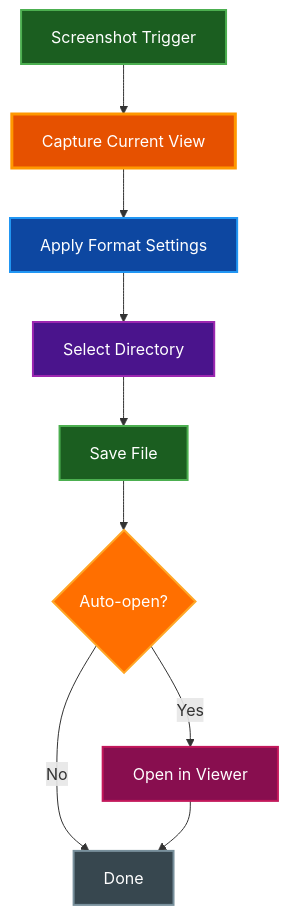
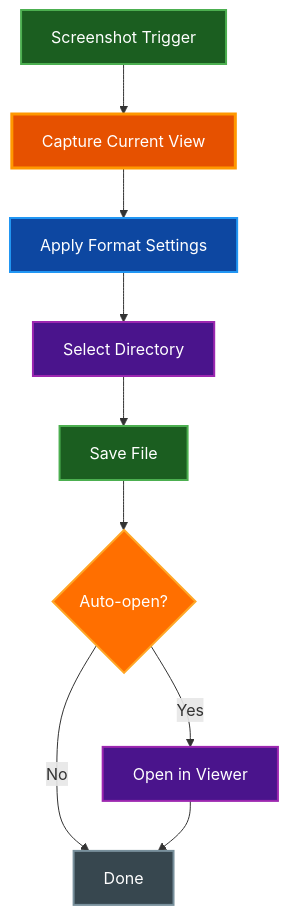
One commit to paulrobello/par-term-emu-tui-rust changed the first of 2 diagrams in docs/SCREENSHOTS.md. Above: the diagram before and after it, drawn with Mermaid. The commit also changed other lines of this file and 11 other files, not shown here.

````diff
--- a/docs/SCREENSHOTS.md
+++ b/docs/SCREENSHOTS.md
@@ -60,29 +60,34 @@
 ```mermaid
 graph TD
     Trigger[Screenshot Trigger]
     Capture[Capture Current View]
     Format[Apply Format Settings]
     Dir[Select Directory]
     Save[Save File]
     Open{Auto-open?}
     View[Open in Viewer]
     Done[Done]
 
     Trigger --> Capture
     Capture --> Format
     Format --> Dir
     Dir --> Save
     Save --> Open
     Open -->|Yes| View
     Open -->|No| Done
     View --> Done
 
-    style Trigger fill:#1b5e20,stroke:#4caf50,stroke-width:2px,color:#ffffff
-    style Capture fill:#e65100,stroke:#ff9800,stroke-width:3px,color:#ffffff
-    style Format fill:#0d47a1,stroke:#2196f3,stroke-width:2px,color:#ffffff
-    style Dir fill:#4a148c,stroke:#9c27b0,stroke-width:2px,color:#ffffff
-    style Save fill:#1b5e20,stroke:#4caf50,stroke-width:2px,color:#ffffff
-    style Open fill:#ff6f00,stroke:#ffa726,stroke-width:2px,color:#ffffff
-    style View fill:#880e4f,stroke:#c2185b,stroke-width:2px,color:#ffffff
-    style Done fill:#37474f,stroke:#78909c,stroke-width:2px,color:#ffffff
+    class Trigger,Save active
+    class Capture primary
+    class Format data
+    class Dir,View external
+    class Open warning
+    class Done neutral
+
+    classDef primary fill:#e65100,stroke:#ff9800,stroke-width:3px,color:#ffffff
+    classDef active fill:#1b5e20,stroke:#4caf50,stroke-width:2px,color:#ffffff
+    classDef data fill:#0d47a1,stroke:#2196f3,stroke-width:2px,color:#ffffff
+    classDef warning fill:#ff6f00,stroke:#ffa726,stroke-width:2px,color:#ffffff
+    classDef external fill:#4a148c,stroke:#9c27b0,stroke-width:2px,color:#ffffff
+    classDef neutral fill:#37474f,stroke:#78909c,stroke-width:2px,color:#ffffff
 ```
````
